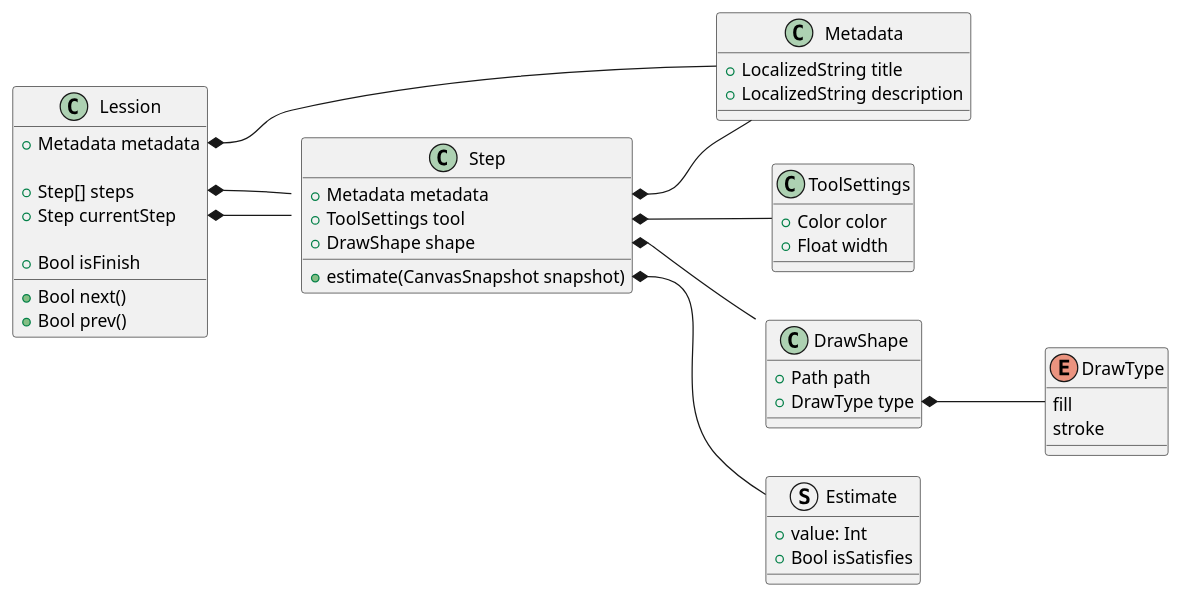
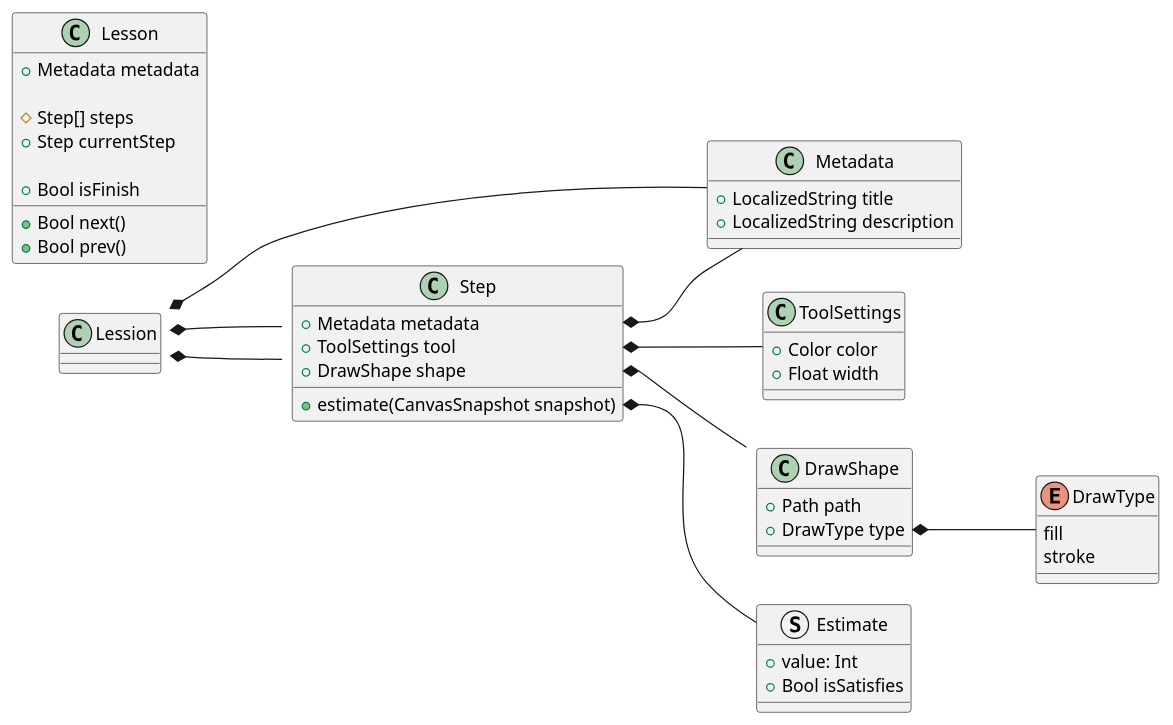
Before and after one commit to vitali-kurlovich/Demo-PencilKit: the diagram in Docs/ClassDiagram.puml, drawn with PlantUML.

Commit message:
Rename Lession class to Lesson and update visibility

```diff
--- a/Docs/ClassDiagram.puml
+++ b/Docs/ClassDiagram.puml
@@ -1,65 +1,65 @@
 @startuml
 left to right direction
 
 class Metadata {
 + LocalizedString title
 + LocalizedString description
 }
 
 
 struct Estimate {
 + value: Int
 + Bool isSatisfies
 }
 
 
 class ToolSettings {
 + Color color
 + Float width
 }
 
 enum DrawType {
     fill
     stroke
 }
 
 class DrawShape {
 + Path path
 + DrawType type
 }
 
 class Step {
 + Metadata metadata
 + ToolSettings tool
 + DrawShape shape
 
 + estimate(CanvasSnapshot snapshot)
 }
 
 
-class Lession {
+class Lesson {
 + Metadata metadata
 
-+ Step[] steps
+# Step[] steps
 + Step currentStep
 
 + Bool isFinish
 
 + Bool next()
 + Bool prev()
 
 }
 
 
 DrawShape::type *-- DrawType
 
 Step::metadata *-- Metadata
 Step::tool *-- ToolSettings
 Step::shape *-- DrawShape
 Step::estimate *-- Estimate
 
 Lession::metadata *-- Metadata
 Lession::steps *-- Step
 Lession::currentStep *-- Step
 
 @enduml
```
